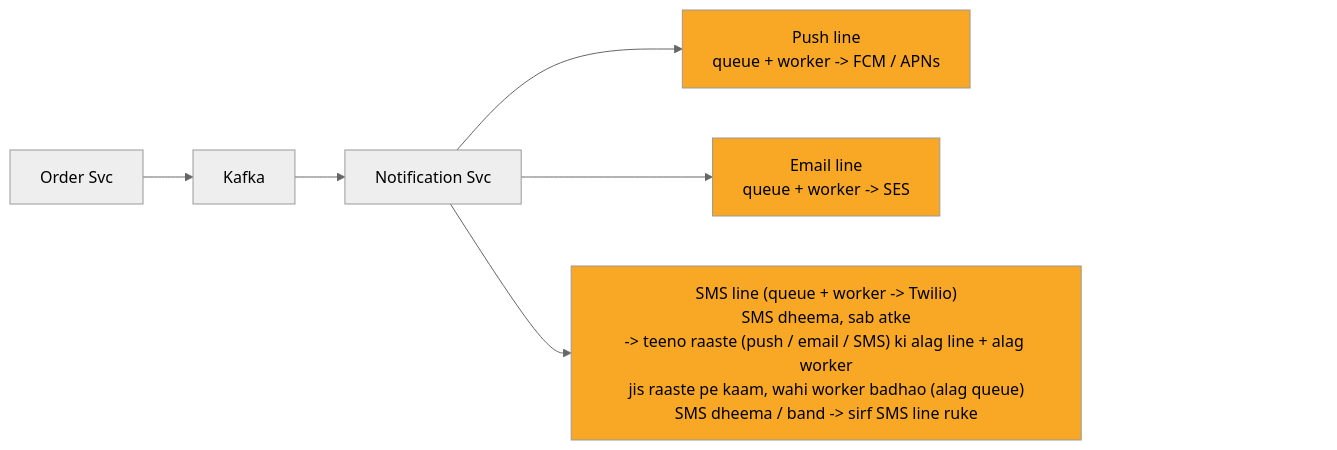
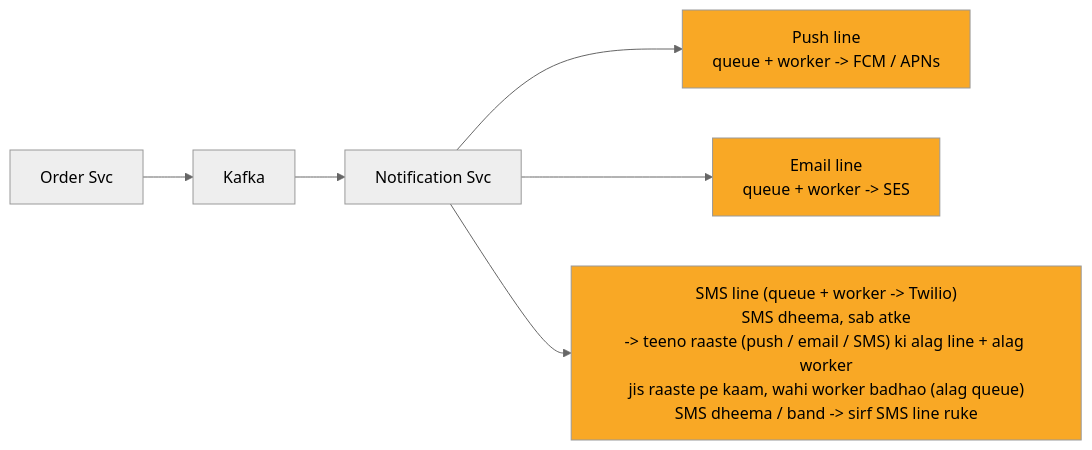
Before and after one commit to ArpanMaheshwari144/Prep: the third of 13 diagrams in 04_HLD/SYSTEM_DESIGNS/04_notification_system/04_notification_system.md, drawn with Mermaid (neutral theme). The commit also changed other lines of this file and 182 other files, not shown here.

Commit message:
hld 14 file: har diagram mermaid-cli se SVG image (source details me), n_pad hataya, render tool 04_HLD/tools

````diff
--- a/04_HLD/SYSTEM_DESIGNS/04_notification_system/04_notification_system.md
+++ b/04_HLD/SYSTEM_DESIGNS/04_notification_system/04_notification_system.md
@@ -150,21 +162,18 @@
 ```mermaid
 %%{init: {"flowchart": {"wrappingWidth": 450}}}%%
 flowchart LR
     n_Order_Svc["Order Svc"]
     n_Kafka["Kafka"]
     n_Notification_Svc["Notification Svc"]
     n_PUSH["Push line<br/>queue + worker -> FCM / APNs"]
     n_EMAIL["Email line<br/>queue + worker -> SES"]
     n_SMSL["SMS line (queue + worker -> Twilio)<br/>SMS dheema, sab atke<br/>-> teeno raaste (push / email / SMS) ki alag line + alag worker<br/>jis raaste pe kaam, wahi worker badhao (alag queue)<br/>SMS dheema / band -> sirf SMS line ruke"]
     n_Order_Svc --> n_Kafka
     n_Kafka --> n_Notification_Svc
     n_Notification_Svc --> n_PUSH
     n_Notification_Svc --> n_EMAIL
     n_Notification_Svc --> n_SMSL
-    n_pad["xxxxxxxxxxxxxxxx"]
-    n_SMSL ~~~ n_pad
     style n_PUSH fill:#f9a825,color:#000
     style n_EMAIL fill:#f9a825,color:#000
     style n_SMSL fill:#f9a825,color:#000
-    style n_pad fill:none,stroke:none,color:#ffffff00
 ```
````
